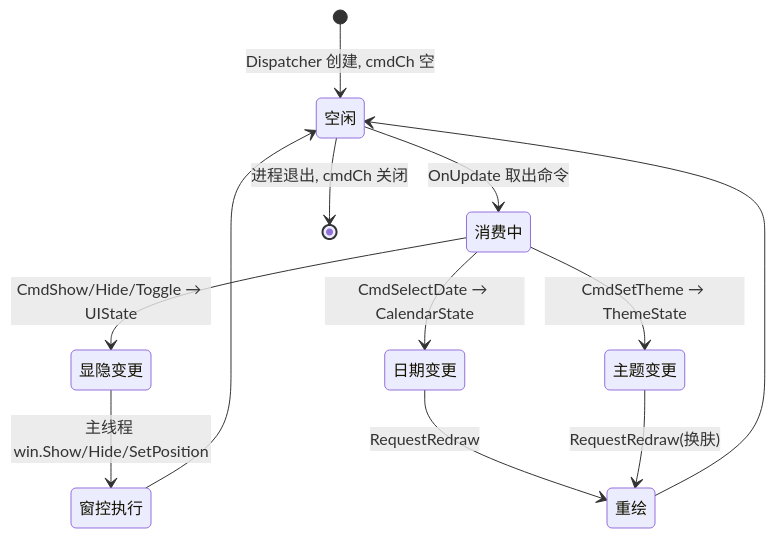
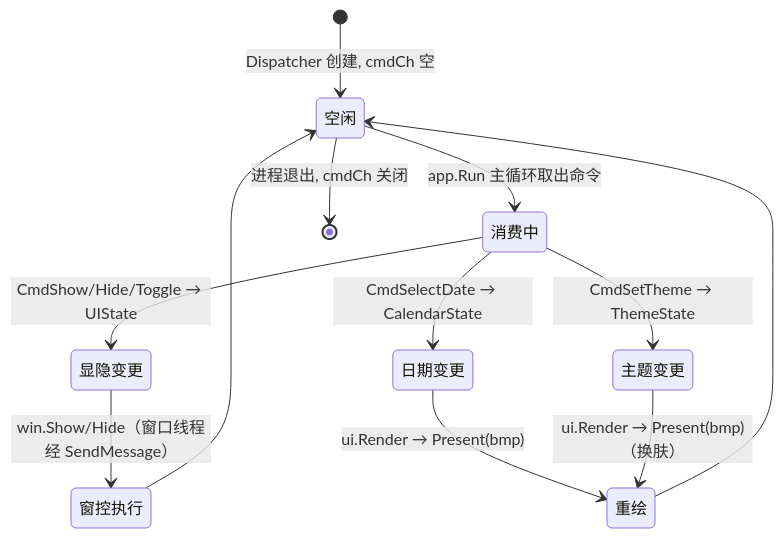
Before and after one commit to shaolei/DeskCalendar: the fourth of 4 diagrams in docs/30-State/DataFlow.md, drawn with Mermaid. The commit also changed other lines of this file and 25 other files, not shown here.

````diff
--- a/docs/30-State/DataFlow.md
+++ b/docs/30-State/DataFlow.md
@@ -176,14 +175,14 @@
 ```mermaid
 stateDiagram-v2
     [*] --> 空闲: Dispatcher 创建, cmdCh 空
-    空闲 --> 消费中: OnUpdate 取出命令
+    空闲 --> 消费中: app.Run 主循环取出命令
     消费中 --> 显隐变更: CmdShow/Hide/Toggle → UIState
     消费中 --> 日期变更: CmdSelectDate → CalendarState
     消费中 --> 主题变更: CmdSetTheme → ThemeState
-    显隐变更 --> 窗控执行: 主线程 win.Show/Hide/SetPosition
-    日期变更 --> 重绘: RequestRedraw
-    主题变更 --> 重绘: RequestRedraw(换肤)
+    显隐变更 --> 窗控执行: win.Show/Hide（窗口线程经 SendMessage）
+    日期变更 --> 重绘: ui.Render → Present(bmp)
+    主题变更 --> 重绘: ui.Render → Present(bmp)（换肤）
     窗控执行 --> 空闲
     重绘 --> 空闲
     空闲 --> [*]: 进程退出, cmdCh 关闭
 ```
````
